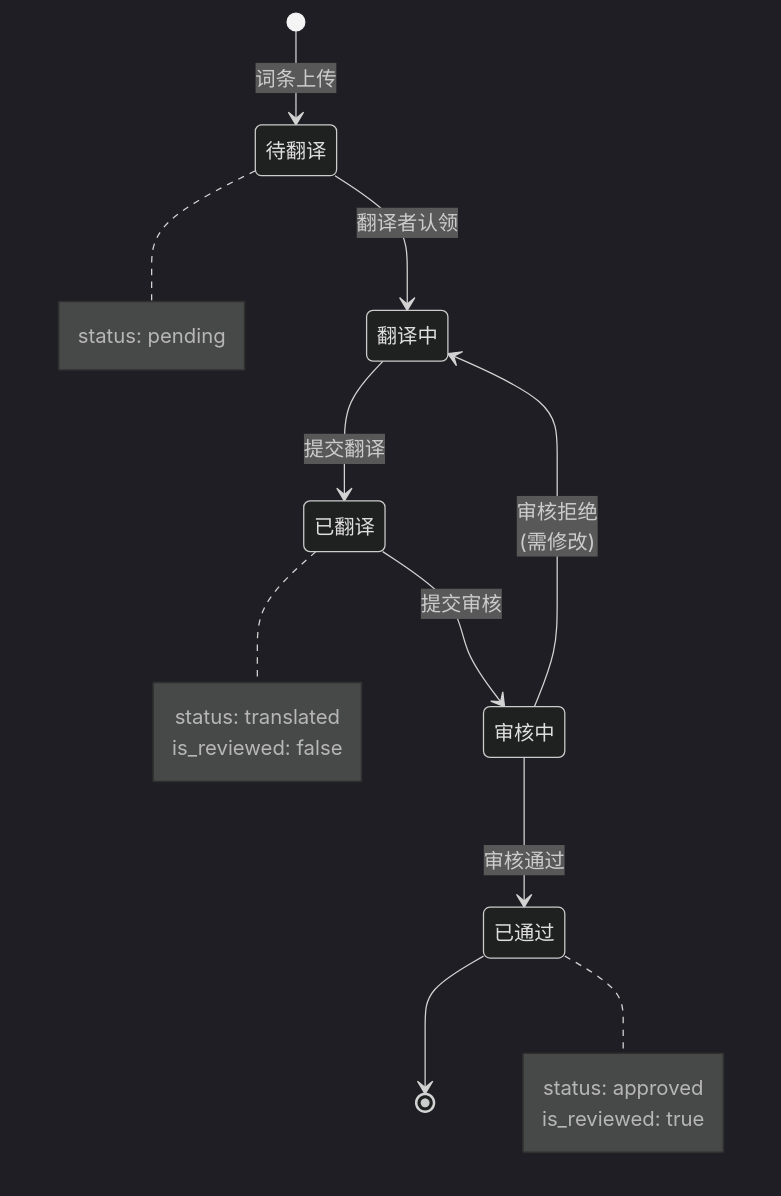
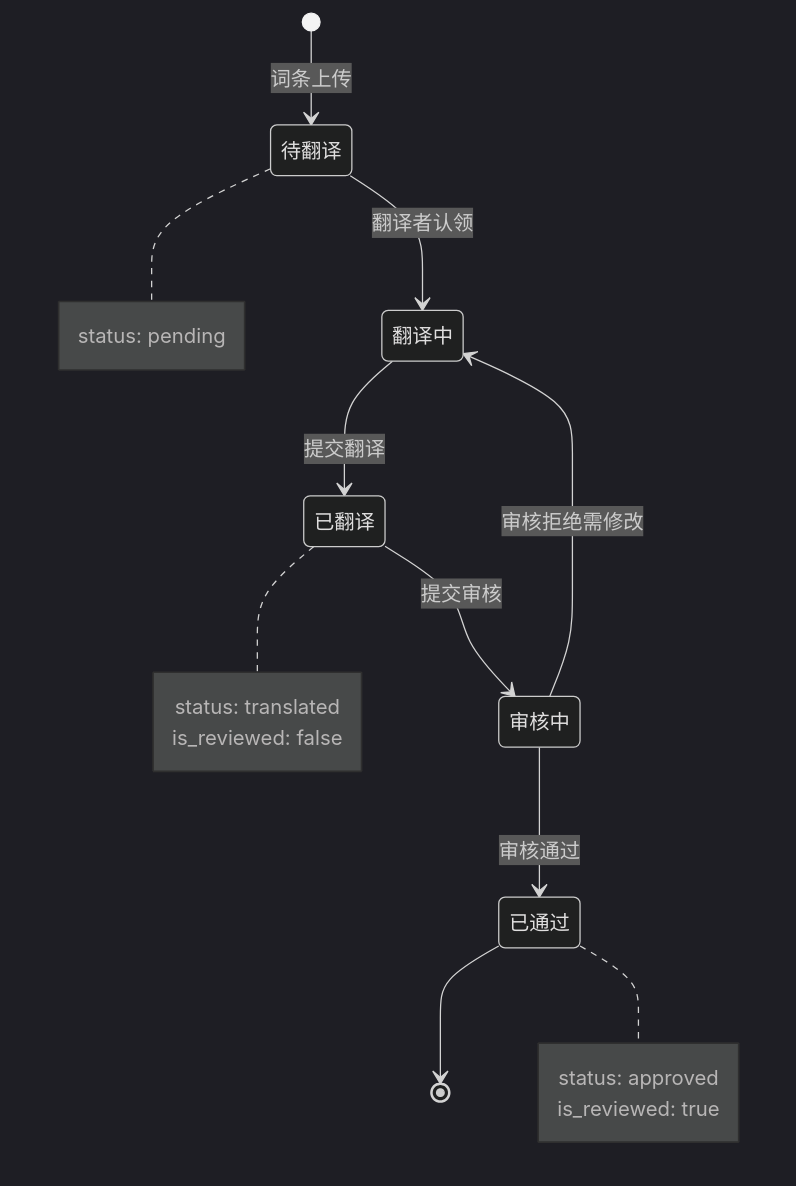
One commit to zhaotoday/translatex changed the sixth of 19 diagrams in workflows-diagrams.md. Above: the diagram before and after it, drawn with Mermaid (dark theme). The commit also changed other lines of this file and 5 other files, not shown here.

````diff
--- a/workflows-diagrams.md
+++ b/workflows-diagrams.md
@@ -177,27 +166,27 @@
 ```mermaid
 stateDiagram-v2
     [*] --> 待翻译: 词条上传
     
     待翻译 --> 翻译中: 翻译者认领
     翻译中 --> 已翻译: 提交翻译
     
     已翻译 --> 审核中: 提交审核
     审核中 --> 已通过: 审核通过
-    审核中 --> 翻译中: 审核拒绝<br/>(需修改)
+    审核中 --> 翻译中: 审核拒绝需修改
     
     已通过 --> [*]
     
     note right of 待翻译
         status: pending
     end note
     
     note right of 已翻译
         status: translated
         is_reviewed: false
     end note
     
     note right of 已通过
         status: approved
         is_reviewed: true
     end note
 ```
````
